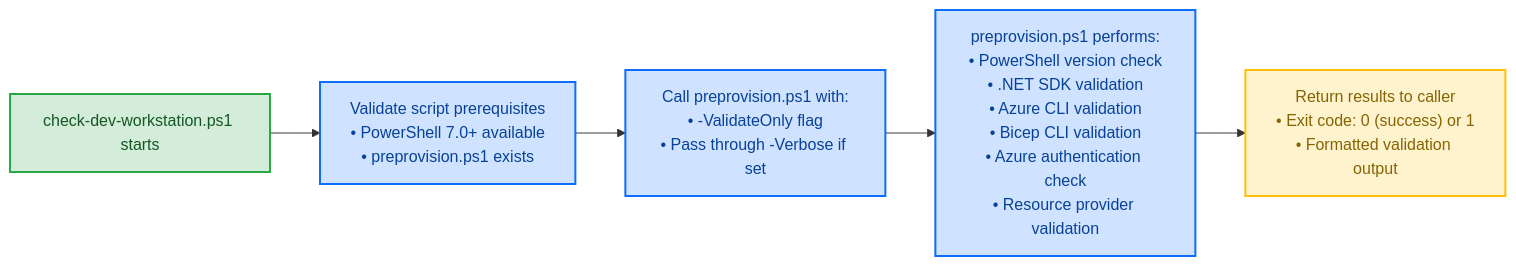
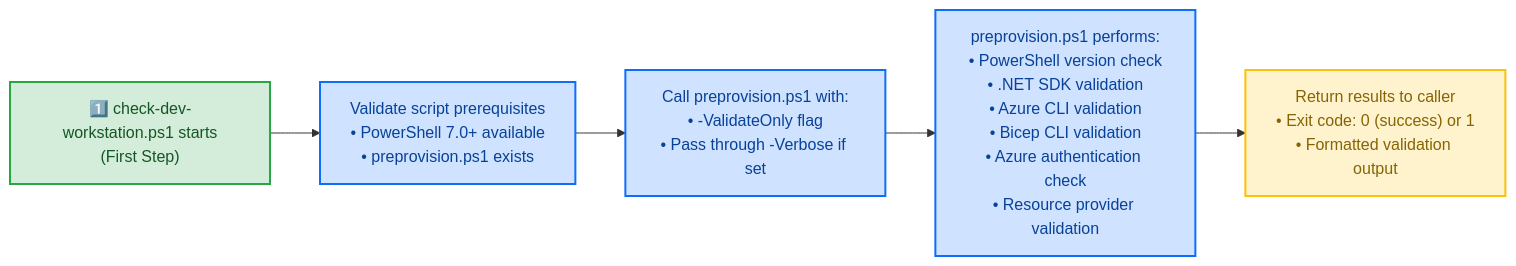
One commit to Evilazaro/Azure-LogicApps-Monitoring changed the diagram in hooks/check-dev-workstation.md. Above: the diagram before and after it, drawn with Mermaid. The commit also changed other lines of this file and 8 other files, not shown here.

````diff
--- a/hooks/check-dev-workstation.md
+++ b/hooks/check-dev-workstation.md
@@ -190,16 +195,16 @@
 ```mermaid
 flowchart LR
-    Start["check-dev-workstation.ps1 starts"]
+    Start["1️⃣ check-dev-workstation.ps1 starts<br/>(First Step)"]
     Start --> Validate["Validate script prerequisites<br/>• PowerShell 7.0+ available<br/>• preprovision.ps1 exists"]
     Validate --> Call["Call preprovision.ps1 with:<br/>• -ValidateOnly flag<br/>• Pass through -Verbose if set"]
     Call --> Perform["preprovision.ps1 performs:<br/>• PowerShell version check<br/>• .NET SDK validation<br/>• Azure CLI validation<br/>• Bicep CLI validation<br/>• Azure authentication check<br/>• Resource provider validation"]
     Perform --> Return["Return results to caller<br/>• Exit code: 0 (success) or 1<br/>• Formatted validation output"]
     
     classDef startClass fill:#d4edda,stroke:#28a745,stroke-width:2px,color:#155724
     classDef processClass fill:#cfe2ff,stroke:#0d6efd,stroke-width:2px,color:#084298
     classDef returnClass fill:#fff3cd,stroke:#ffc107,stroke-width:2px,color:#856404
     
     class Start startClass
     class Validate,Call,Perform processClass
     class Return returnClass
 ```
````
